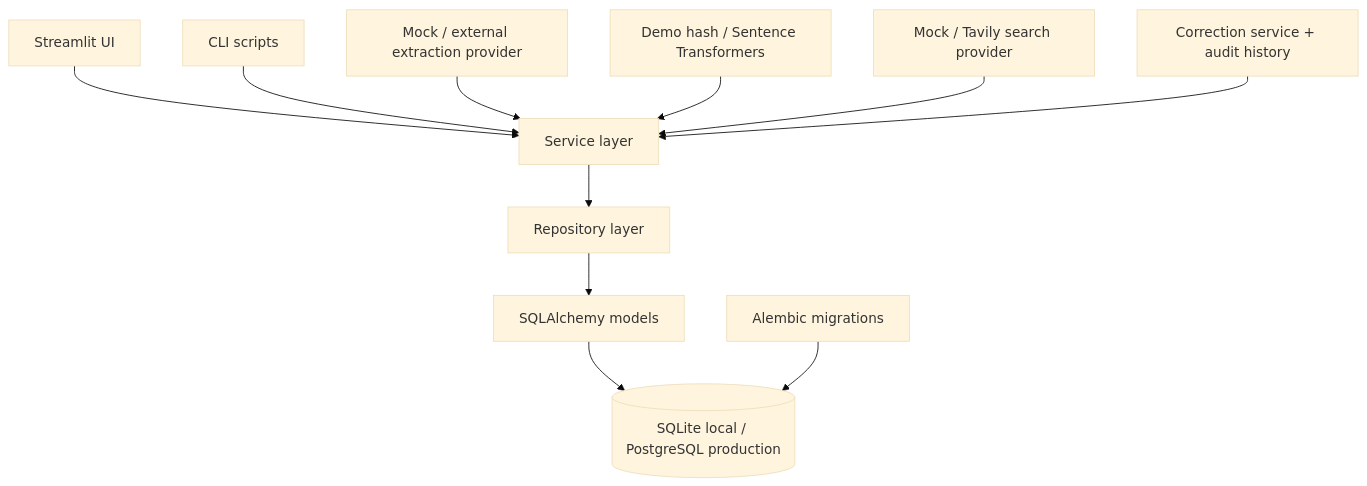
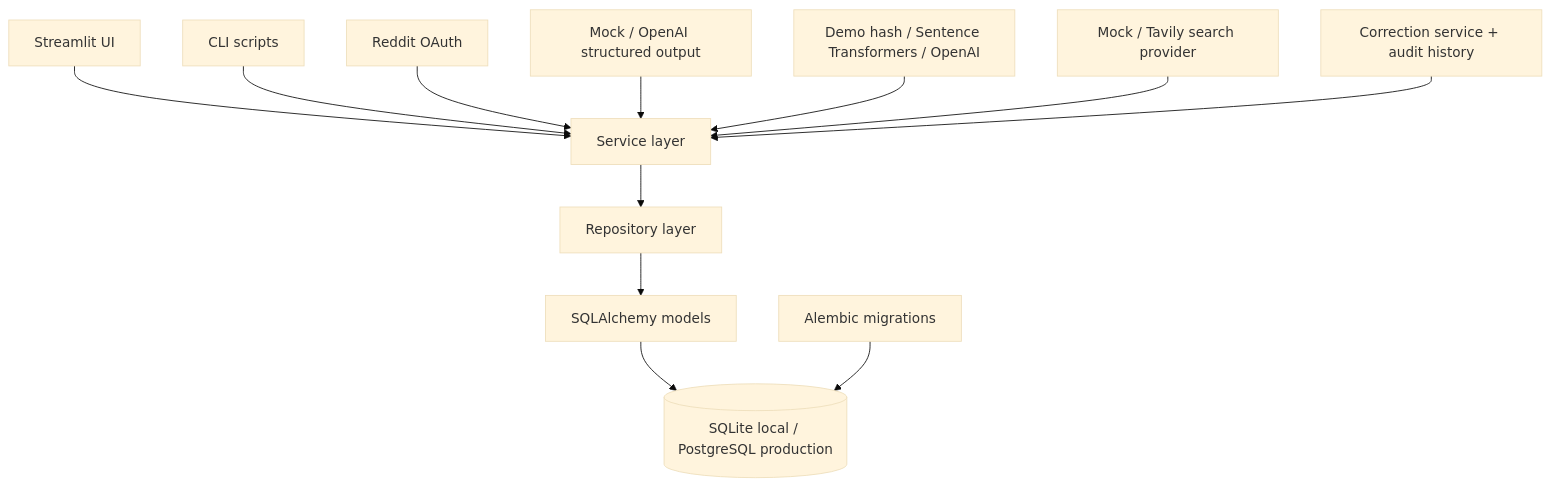
The diagram in README.md (rayhanrinzan/InSift), drawn with Mermaid (base theme) before and after one commit. The commit also changed other lines of this file and 30 other files, not shown here.

````diff
--- a/README.md
+++ b/README.md
@@ -39,13 +42,14 @@
 ```mermaid
 flowchart TD
     UI[Streamlit UI] --> Services[Service layer]
     Scripts[CLI scripts] --> Services
     Services --> Repositories[Repository layer]
     Repositories --> Models[SQLAlchemy models]
     Models --> DB[(SQLite local / PostgreSQL production)]
     Alembic[Alembic migrations] --> DB
-    Extractors[Mock / external extraction provider] --> Services
-    Embeddings[Demo hash / Sentence Transformers] --> Services
+    Reddit[Reddit OAuth] --> Services
+    Extractors[Mock / OpenAI structured output] --> Services
+    Embeddings[Demo hash / Sentence Transformers / OpenAI] --> Services
     Search[Mock / Tavily search provider] --> Services
     Corrections[Correction service + audit history] --> Services
 ```
````
